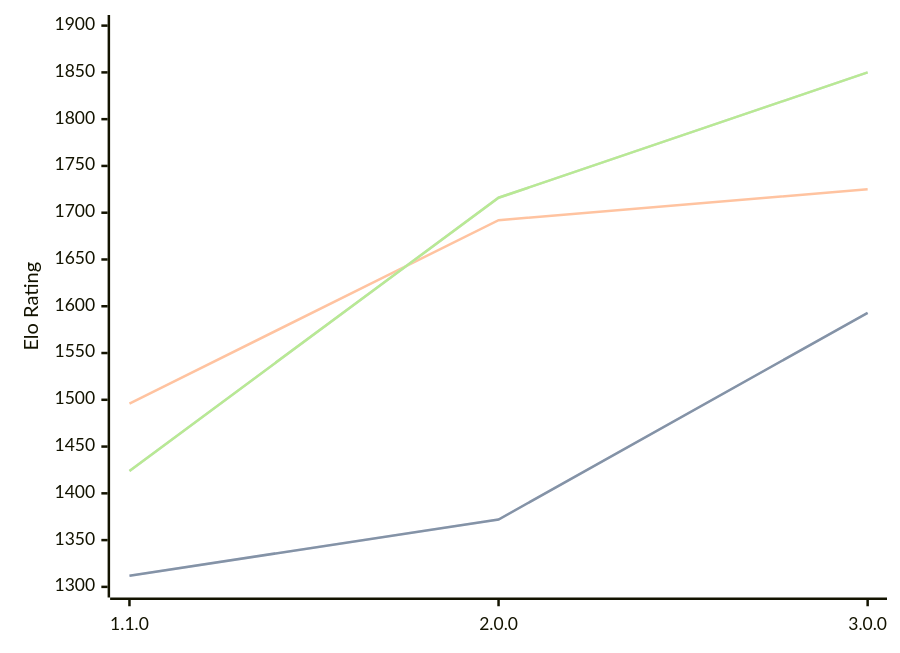
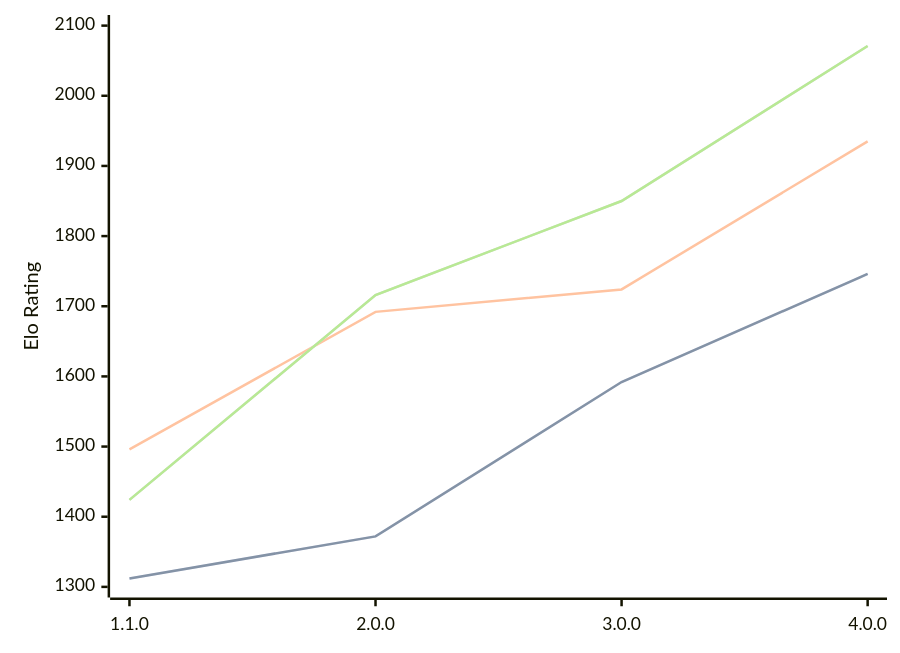
Before and after one commit to computer-chess-index/cci: the diagram in engines/Laura.md, drawn with Mermaid. The commit also changed other lines of this file, not shown here.

Commit message:
Update CCI Ratings (ELO VLTC) - 2026-05-12

````diff
--- a/engines/Laura.md
+++ b/engines/Laura.md
@@ -34,11 +35,11 @@
 ```mermaid
 %%{init: {"theme":"base","themeVariables":{"seriesColors:['#a3a3a3','#222221','#faa371']}}}%%
 xychart-beta
-  x-axis ["1.1.0", "2.0.0", "3.0.0"]
-  y-axis "Elo Rating" 1300 --> 1900
-  line "STC (8.0+0.08s)" [1312, 1372, 1593]
-  line "STC (8.0+0.08s)" [1312, 1372, 1593]
-  line "LTC (60.0+0.60s)" [1496, 1692, 1725]
-  line "VLTC (2m24s+1.12s)" [1424, 1716, 1850]
-  line "VLTC (2m24s+1.12s)" [1424, 1716, 1850]
+  x-axis ["1.1.0", "2.0.0", "3.0.0", "4.0.0"]
+  y-axis "Elo Rating" 1300 --> 2100
+  line "STC (8.0+0.08s)" [1312, 1372, 1592, 1746]
+  line "STC (8.0+0.08s)" [1312, 1372, 1592, 1746]
+  line "LTC (60.0+0.60s)" [1496, 1692, 1724, 1935]
+  line "VLTC (2m24s+1.12s)" [1424, 1716, 1850, 2071]
+  line "VLTC (2m24s+1.12s)" [1424, 1716, 1850, 2071]
 ```
````
